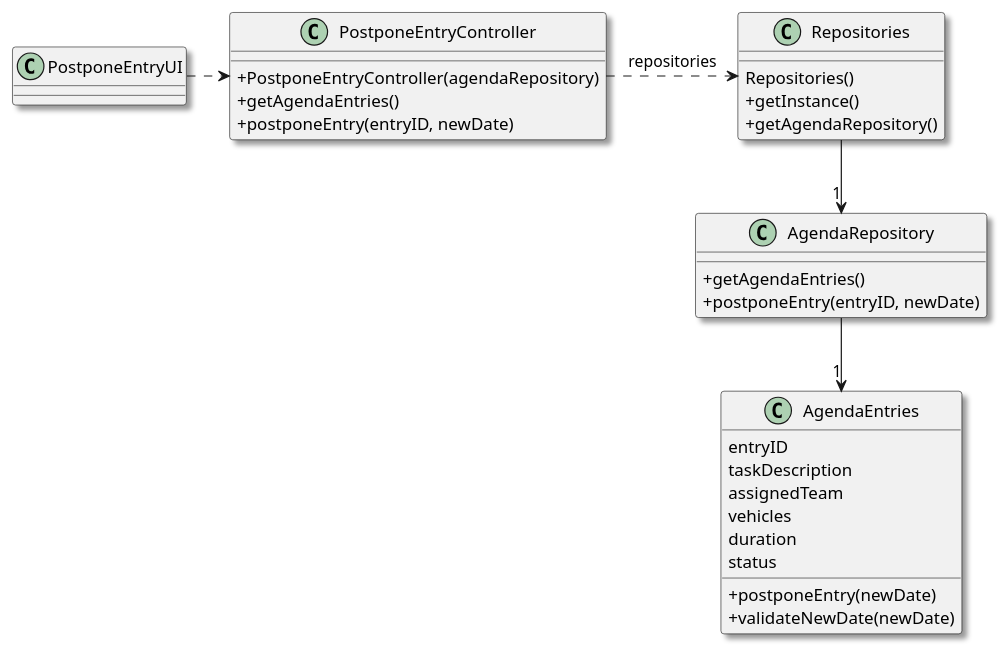
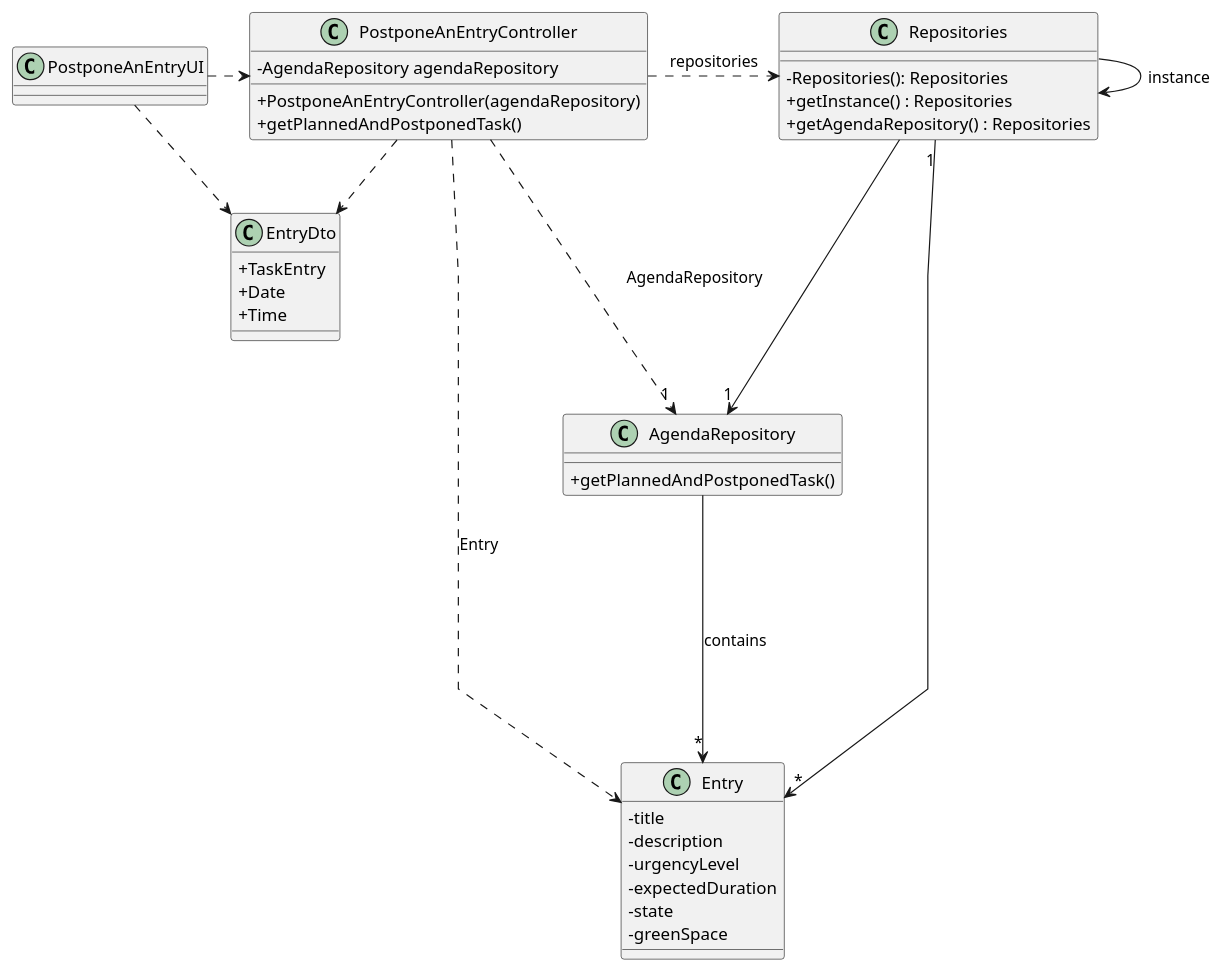
Before and after one commit to rpedros02/lei-24-s2-1DL-g08: the diagram in docs/sprintC/us024/03.design/puml/us024-class-diagram.puml, drawn with PlantUML. The commit also changed 2 other files, not shown here.

```diff
--- a/docs/sprintC/us024/03.design/puml/us024-class-diagram.puml
+++ b/docs/sprintC/us024/03.design/puml/us024-class-diagram.puml
@@ -1,42 +1,62 @@
 @startuml
-skinparam monochrome false
+'skinparam monochrome true
 skinparam packageStyle rectangle
-skinparam shadowing true
+skinparam shadowing false
+skinparam linetype polyline
+'skinparam linetype orto
+
 skinparam classAttributeIconSize 0
 
-class PostponeEntryUI {
+'left to right direction
+
+class PostponeAnEntryUI{
 }
 
-class PostponeEntryController {
-    + PostponeEntryController(agendaRepository)
-    + getAgendaEntries()
-    + postponeEntry(entryID, newDate)
+
+class PostponeAnEntryController{
+-AgendaRepository agendaRepository
+    + PostponeAnEntryController(agendaRepository)
+    + getPlannedAndPostponedTask()
+ }
+
+class Repositories {
+    - Repositories(): Repositories
+    + getInstance() : Repositories
+    + getAgendaRepository() : Repositories
 }
 
-class Repositories {
-    Repositories()
-    + getInstance()
-    + getAgendaRepository()
+
+class AgendaRepository {
+    + getPlannedAndPostponedTask()
+
 }
 
-class AgendaRepository {
-    + getAgendaEntries()
-    + postponeEntry(entryID, newDate)
+class  Entry{
+        -title
+        -description
+        -urgencyLevel
+        -expectedDuration
+        -state
+        -greenSpace
+
 }
 
-class AgendaEntries {
-    entryID
-    taskDescription
-    assignedTeam
-    vehicles
-    duration
-    status
-    + postponeEntry(newDate)
-    + validateNewDate(newDate)
+class EntryDto{
++TaskEntry
++Date
++Time
 }
 
-PostponeEntryUI .> PostponeEntryController
-PostponeEntryController .> Repositories : repositories
-Repositories --> "1" AgendaRepository
-AgendaRepository --> "1" AgendaEntries
+
+AgendaRepository --> "*" Entry: contains
+PostponeAnEntryUI .>  PostponeAnEntryController
+PostponeAnEntryController ...r> Repositories : repositories
+PostponeAnEntryUI .> EntryDto
+PostponeAnEntryController ..> EntryDto
+Repositories -> Repositories : instance
+Repositories "1" --> "*" Entry
+Repositories ---> "1" AgendaRepository
+
+ PostponeAnEntryController ......>  Entry : Entry
+ PostponeAnEntryController ...> "1" AgendaRepository : AgendaRepository
 @enduml
```
